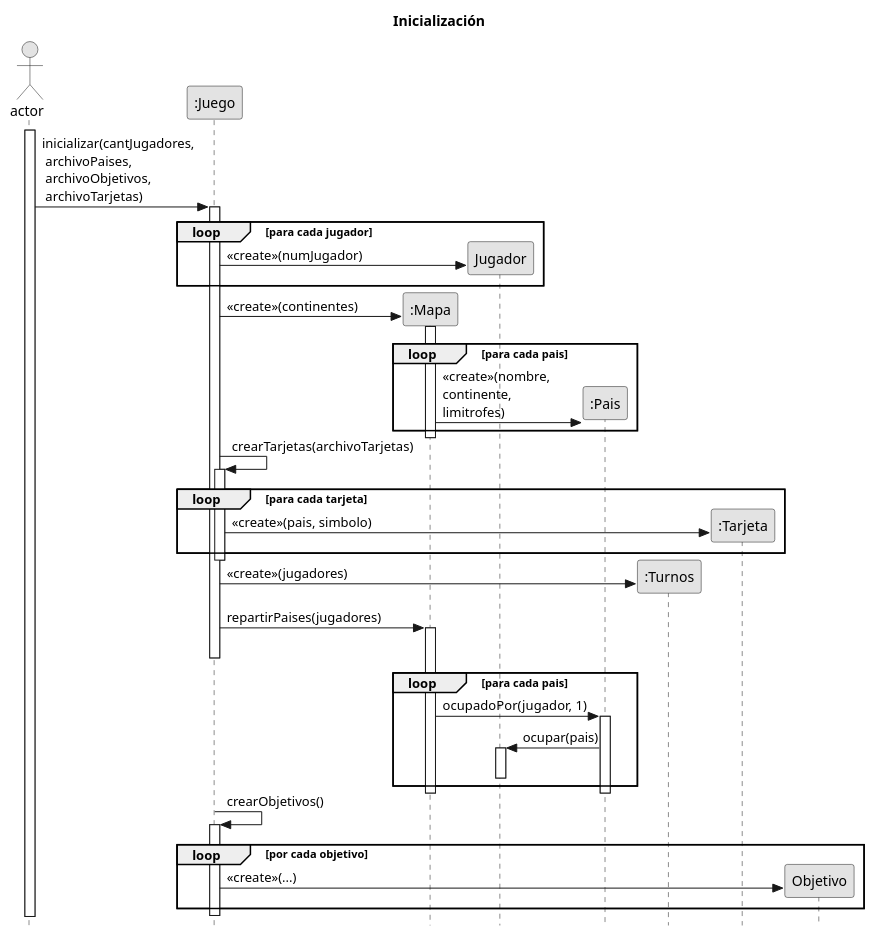
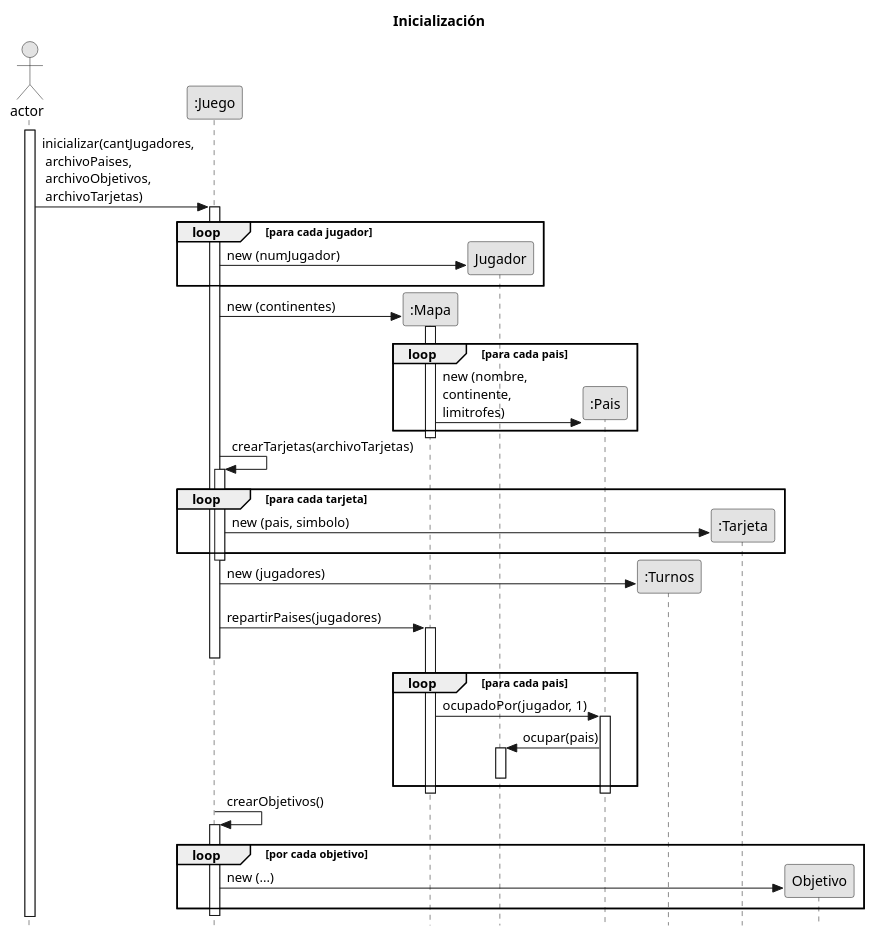
The diagram in UML/secuencia/inicializacion.plantuml (Gabrielsem/A.L.T.E.G.O.), drawn with PlantUML before and after one commit. The commit also changed 3 other files, not shown here.

```diff
--- a/UML/secuencia/inicializacion.plantuml
+++ b/UML/secuencia/inicializacion.plantuml
@@ -1,77 +1,77 @@
 @startuml
 /'title Inicialización
 skinparam responseMessageBelowArrow true
 skinparam monochrome true
 skinparam style strictuml
 hide footbox
 
 Actor actor
 participant juego as ":Juego"
 participant jug as "Jugador"
 participant pais as ":Pais"
 
 actor ++
 actor -> juego ++: agregarPaises(paises)
 
 actor -> juego: inicializar()
 
 loop para cada pais
     juego -> jug: ocupar(pais)
     juego -> pais: ocupadoPor(jugador, 1)
 end loop
 '/
 
 title Inicialización
 skinparam responseMessageBelowArrow true
 skinparam monochrome true
 skinparam style strictuml
 hide footbox
 
 Actor actor
 participant juego as ":Juego"
 participant mapa as ":Mapa"
 participant jug as "Jugador"
 participant pais as ":Pais"
 participant turnos as ":Turnos"
 participant tarjeta as ":Tarjeta"
 actor ++
 actor -> juego++: inicializar(cantJugadores, \n archivoPaises,\n archivoObjetivos, \n archivoTarjetas)
 
 loop para cada jugador
-    juego -> jug**: <<create>>(numJugador)
+    juego -> jug**: new (numJugador)
 end loop
 
-juego -> mapa**: <<create>>(continentes)
+juego -> mapa**: new (continentes)
 activate mapa
 
 loop para cada pais
-    mapa -> pais**: <<create>>(nombre, \ncontinente, \nlimitrofes)
+    mapa -> pais**: new (nombre, \ncontinente, \nlimitrofes)
 end loop
 mapa--
 
 juego -> juego++: crearTarjetas(archivoTarjetas)
 loop para cada tarjeta
-juego -> tarjeta**: <<create>>(pais, simbolo)
+juego -> tarjeta**: new (pais, simbolo)
 end loop
 juego--
 
-juego -> turnos**: <<create>>(jugadores)
+juego -> turnos**: new (jugadores)
 
 juego -> mapa++: repartirPaises(jugadores)
 juego--
 
 loop para cada pais
     mapa -> pais++: ocupadoPor(jugador, 1)
     pais -> jug++: ocupar(pais)
     jug--
 end loop
 mapa--
 pais--
 
 juego -> juego++: crearObjetivos()
 loop por cada objetivo
-juego -> Objetivo**: <<create>>(...)
+juego -> Objetivo**: new (...)
 end loop
 juego--
 
 @enduml
```
